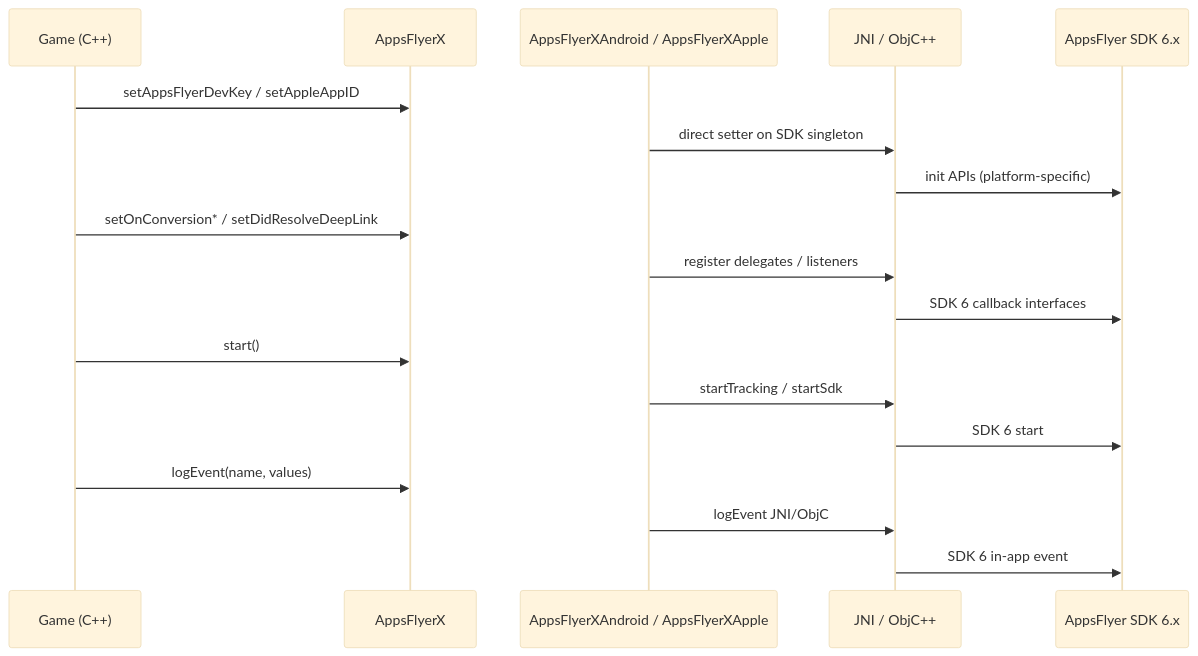
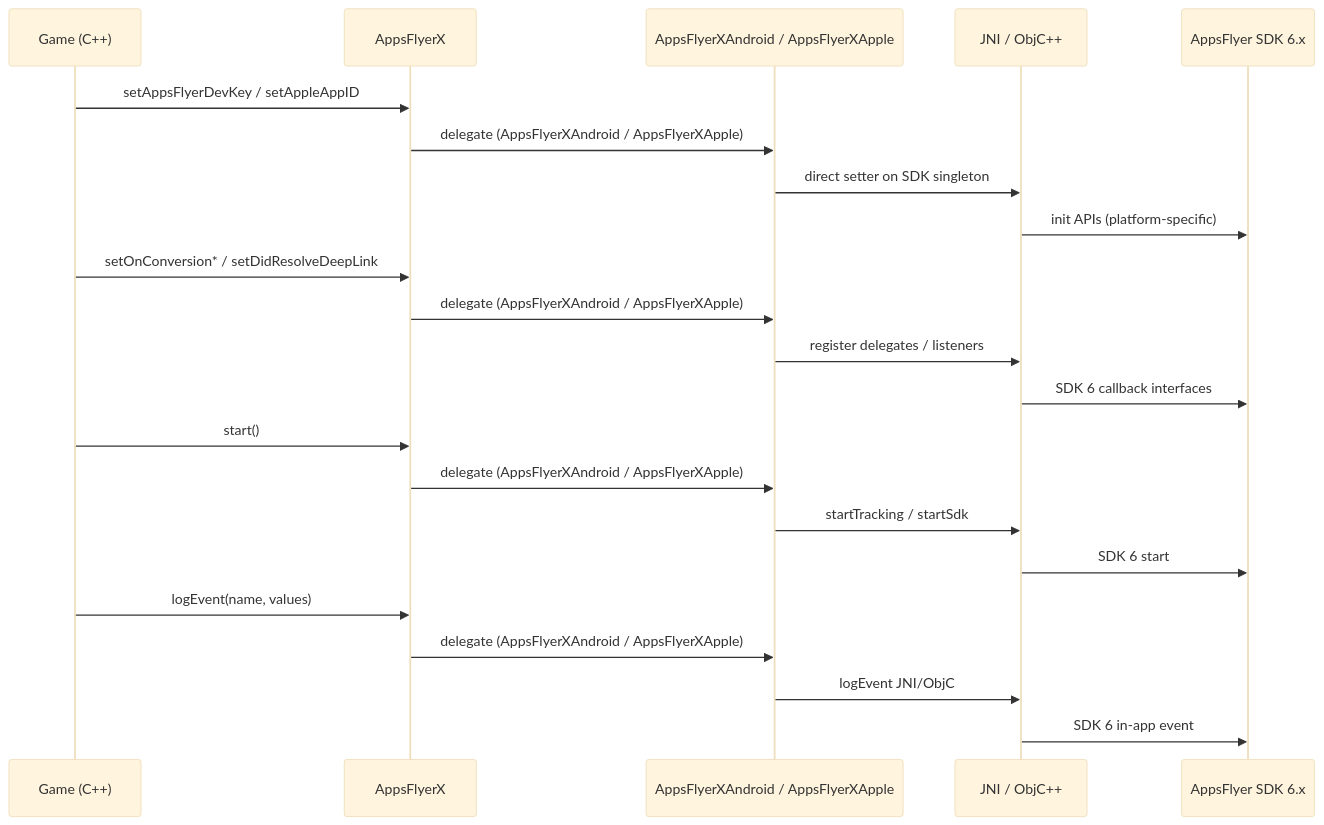
Before and after one commit to AppsFlyerSDK/appsflyer-cocos2dx-plugin: the first of 2 diagrams in internal-docs/PHASE1-TECH-DESIGN.md, drawn with Mermaid (base theme). The commit also changed other lines of this file and 48 other files, not shown here.

First line of the commit message:
Phase 2: schema-driven RPC API, AppsFlyerTask, and codegen.

````diff
--- a/internal-docs/PHASE1-TECH-DESIGN.md
+++ b/internal-docs/PHASE1-TECH-DESIGN.md
@@ -101,24 +104,28 @@
 ```mermaid
 sequenceDiagram
     participant App as Game (C++)
     participant X as AppsFlyerX
     participant Plat as AppsFlyerXAndroid / AppsFlyerXApple
     participant Native as JNI / ObjC++
     participant SDK as AppsFlyer SDK 6.x
 
     App->>X: setAppsFlyerDevKey / setAppleAppID
+    X->>Plat: delegate (AppsFlyerXAndroid / AppsFlyerXApple)
     Plat->>Native: direct setter on SDK singleton
     Native->>SDK: init APIs (platform-specific)
 
     App->>X: setOnConversion* / setDidResolveDeepLink
+    X->>Plat: delegate (AppsFlyerXAndroid / AppsFlyerXApple)
     Plat->>Native: register delegates / listeners
     Native->>SDK: SDK 6 callback interfaces
 
     App->>X: start()
+    X->>Plat: delegate (AppsFlyerXAndroid / AppsFlyerXApple)
     Plat->>Native: startTracking / startSdk
     Native->>SDK: SDK 6 start
 
     App->>X: logEvent(name, values)
+    X->>Plat: delegate (AppsFlyerXAndroid / AppsFlyerXApple)
     Plat->>Native: logEvent JNI/ObjC
     Native->>SDK: SDK 6 in-app event
 ```
````
